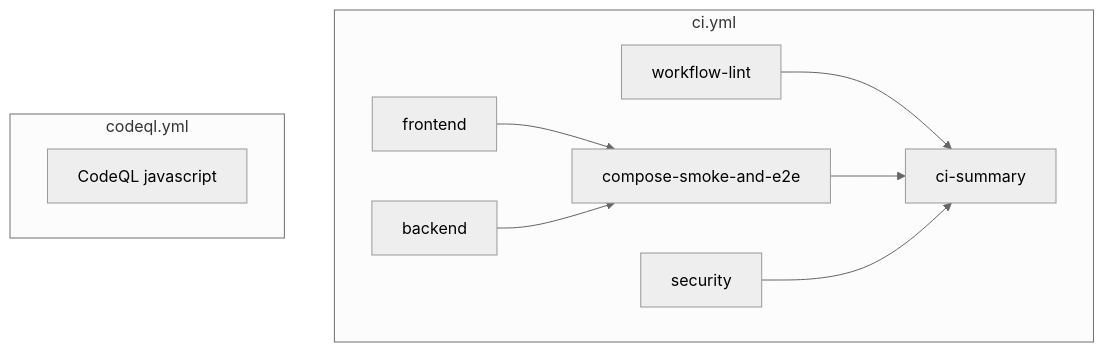
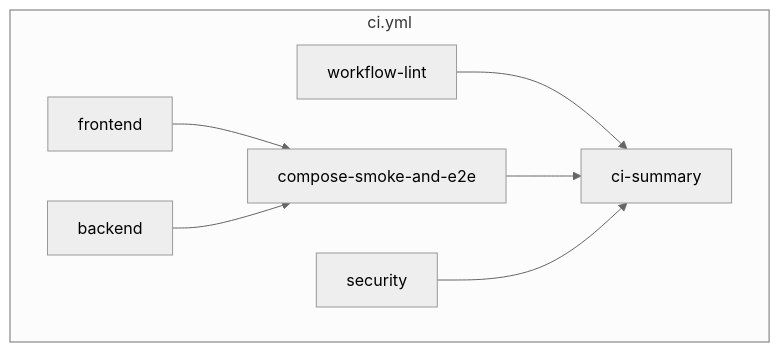
The diagram in CI.md (bastiion/tutor-certification), drawn with Mermaid (neutral theme) before and after one commit. The commit also changed other lines of this file and 2 other files, not shown here.

````diff
--- a/CI.md
+++ b/CI.md
@@ -207,20 +197,16 @@
 ```mermaid
 flowchart TD
   subgraph ciYml [ci.yml]
     WL[workflow-lint]
     FE[frontend]
     BE[backend]
     SEC[security]
     CE[compose-smoke-and-e2e]
     SUM[ci-summary]
     WL --> SUM
     FE --> CE
     BE --> CE
     CE --> SUM
     SEC --> SUM
   end
-
-  subgraph codeqlYml [codeql.yml]
-    Q[CodeQL javascript]
-  end
 ```
````
